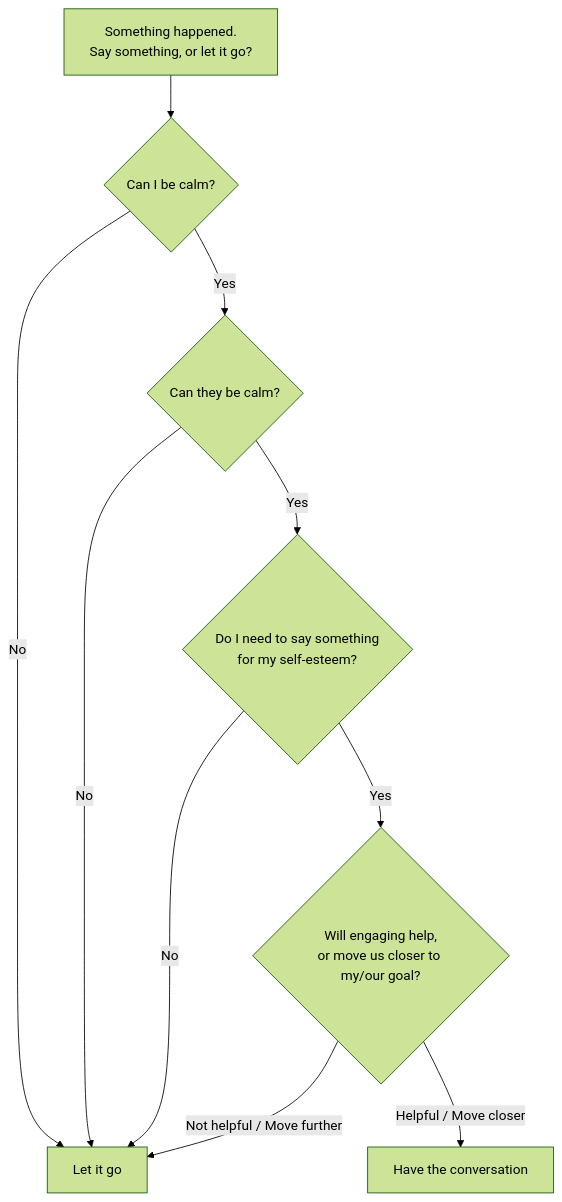
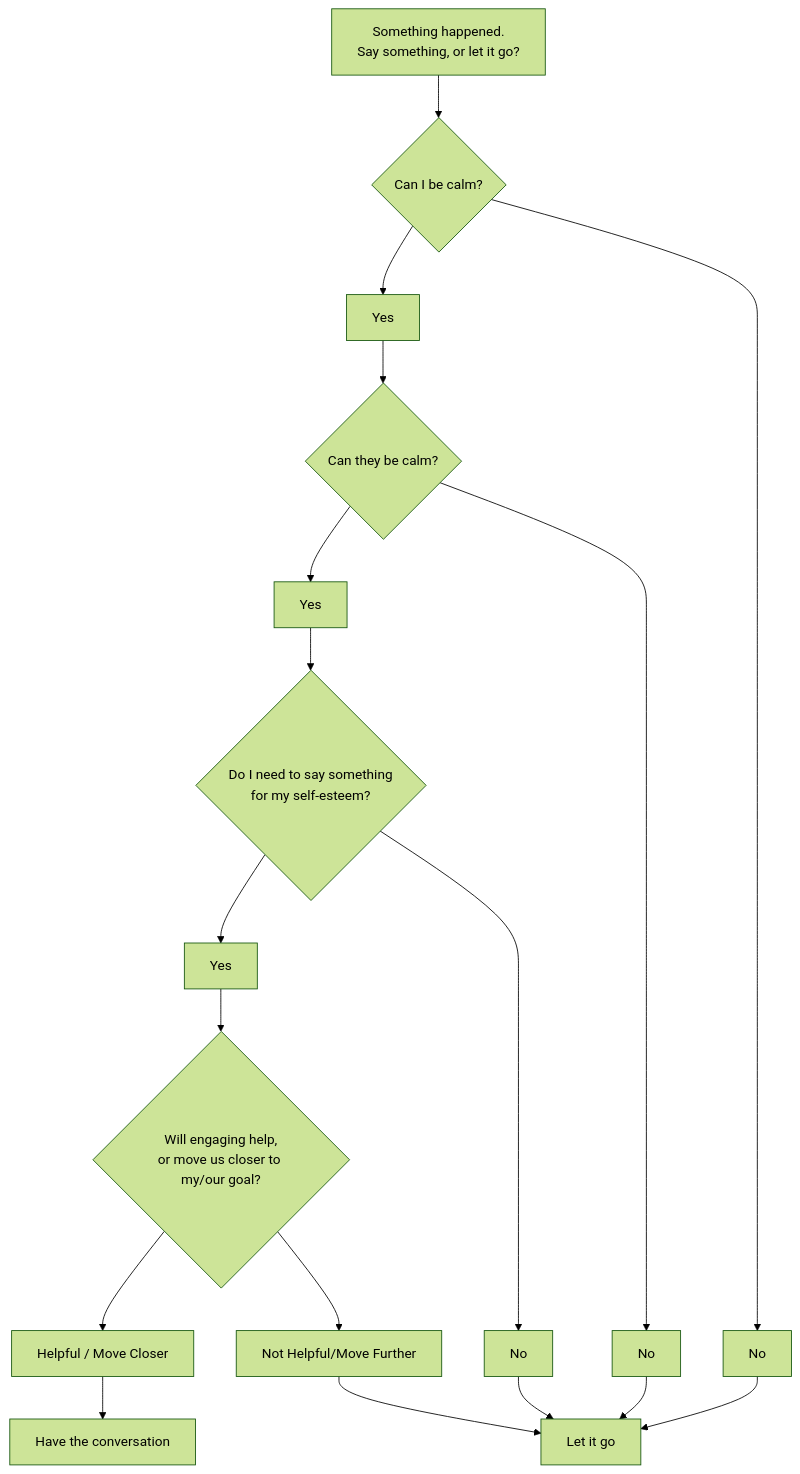
One commit to matkatmusic/relationship-mermaid changed the diagram in diagrams/say-something-or-let-it-go.mmd. Above: the diagram before and after it, drawn with Mermaid (forest theme). The commit also changed 4 other files, not shown here.

```diff
--- a/diagrams/say-something-or-let-it-go.mmd
+++ b/diagrams/say-something-or-let-it-go.mmd
@@ -1,18 +1,39 @@
 flowchart TD
   B_Start["Something happened.<br/>Say something, or let it go?"]
   Q_Q1{"Can I be calm?"}
   B_LetGo["Let it go"]
   Q_Q2{"Can they be calm?"}
   Q_Q3{"Do I need to say something<br/>for my self-esteem?"}
   Q_Q4{"Will engaging help,<br/>or move us closer to my/our goal?"}
   B_HaveConvo["Have the conversation"]
 
   B_Start --> Q_Q1
-  Q_Q1 -- No --> B_LetGo
-  Q_Q1 -- Yes --> Q_Q2
-  Q_Q2 -- No --> B_LetGo
-  Q_Q2 -- Yes --> Q_Q3
-  Q_Q3 -- No --> B_LetGo
-  Q_Q3 -- Yes --> Q_Q4
-  Q_Q4 -- "Not helpful / Move further" --> B_LetGo
-  Q_Q4 -- "Helpful / Move closer" --> B_HaveConvo
+
+  Q_CHOICE_Q1_NEW["Yes"]
+  Q_Q1 --> Q_CHOICE_Q1_NEW
+  Q_CHOICE_Q1_NEW --> Q_Q2
+  Q_CHOICE_Q1_NEW2["No"]
+  Q_Q1 --> Q_CHOICE_Q1_NEW2
+  Q_CHOICE_Q1_NEW2 --> B_LetGo
+  Q_CHOICE_Q2_NEW["Yes"]
+  Q_Q2 --> Q_CHOICE_Q2_NEW
+  Q_CHOICE_Q2_NEW2["No"]
+  Q_Q2 --> Q_CHOICE_Q2_NEW2
+  Q_CHOICE_Q2_NEW2 --> B_LetGo
+  Q_CHOICE_Q2_NEW --> Q_Q3
+  Q_CHOICE_Q3_NEW["Yes"]
+  Q_Q3 --> Q_CHOICE_Q3_NEW
+  Q_CHOICE_Q3_NEW --> Q_Q4
+  Q_CHOICE_Q3_NEW2["No"]
+  Q_Q3 --> Q_CHOICE_Q3_NEW2
+  Q_CHOICE_Q3_NEW2 --> B_LetGo
+  Q_CHOICE_Q4_NEW["Helpful / Move Closer"]
+  Q_Q4 --> Q_CHOICE_Q4_NEW
+  Q_CHOICE_Q4_NEW --> B_HaveConvo
+  Q_CHOICE_Q4_NEW2["Not Helpful/Move Further"]
+  Q_Q4 --> Q_CHOICE_Q4_NEW2
+  Q_CHOICE_Q4_NEW2 --> B_LetGo
+%%%%====
+%% DO NOT MODIFY - AUTOMATICALLY GENERATED DURING EVERY SAVE
+%% {"lastSelectedNodeId":null,"outputScrollLeft":18,"outputScrollTop":1852}
+%%%%====
```
